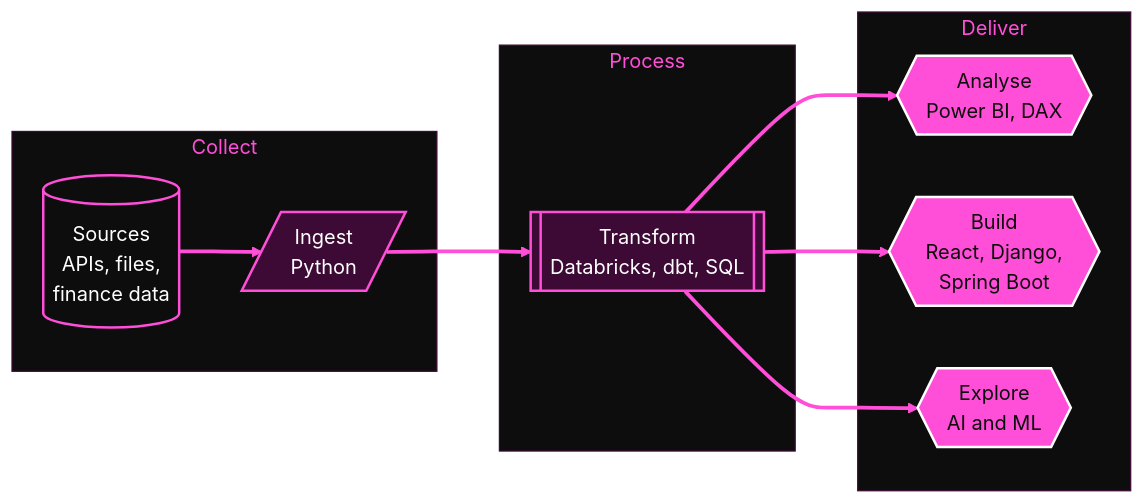
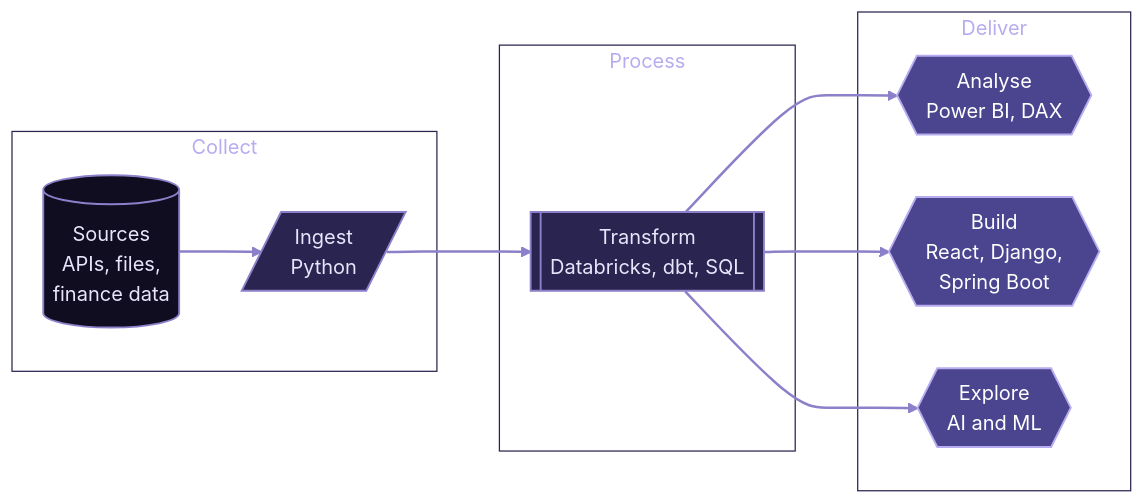
One commit to Sitina-Celine/Sitina-Celine changed the diagram in README.md. Above: the diagram before and after it, drawn with Mermaid. The commit also changed other lines of this file, not shown here.

````diff
--- a/README.md
+++ b/README.md
@@ -28,34 +28,34 @@
 ```mermaid
 flowchart LR
     subgraph IN[" Collect "]
         A[(Sources<br/>APIs, files,<br/>finance data)]
         B[/Ingest<br/>Python/]
     end
 
     subgraph PROC[" Process "]
         C[[Transform<br/>Databricks, dbt, SQL]]
     end
 
     subgraph OUT[" Deliver "]
         D{{Analyse<br/>Power BI, DAX}}
         E{{Build<br/>React, Django,<br/>Spring Boot}}
         F{{Explore<br/>AI and ML}}
     end
 
     A ==> B ==> C
     C ==> D
     C ==> E
     C ==> F
 
-    classDef source fill:#0d0d0d,stroke:#ff4fd8,stroke-width:2px,color:#ffffff
-    classDef pipe fill:#3d0a35,stroke:#ff4fd8,stroke-width:2px,color:#ffffff
-    classDef output fill:#ff4fd8,stroke:#ffffff,stroke-width:2px,color:#0d0d0d
-    classDef group fill:#0d0d0d,stroke:#3d0a35,stroke-width:1px,color:#ff4fd8
+    classDef source fill:#0f0d1f,stroke:#8b80c9,stroke-width:1.5px,color:#e8e4fb
+    classDef pipe fill:#2a2550,stroke:#8b80c9,stroke-width:1.5px,color:#e8e4fb
+    classDef output fill:#4b4590,stroke:#b8acf0,stroke-width:1.5px,color:#ffffff
+    classDef group fill:transparent,stroke:#2a2550,stroke-width:1px,color:#b8acf0
 
     class A source
     class B,C pipe
     class D,E,F output
     class IN,PROC,OUT group
 
-    linkStyle default stroke:#ff4fd8,stroke-width:3px
+    linkStyle default stroke:#8b80c9,stroke-width:2px
 ```
````
